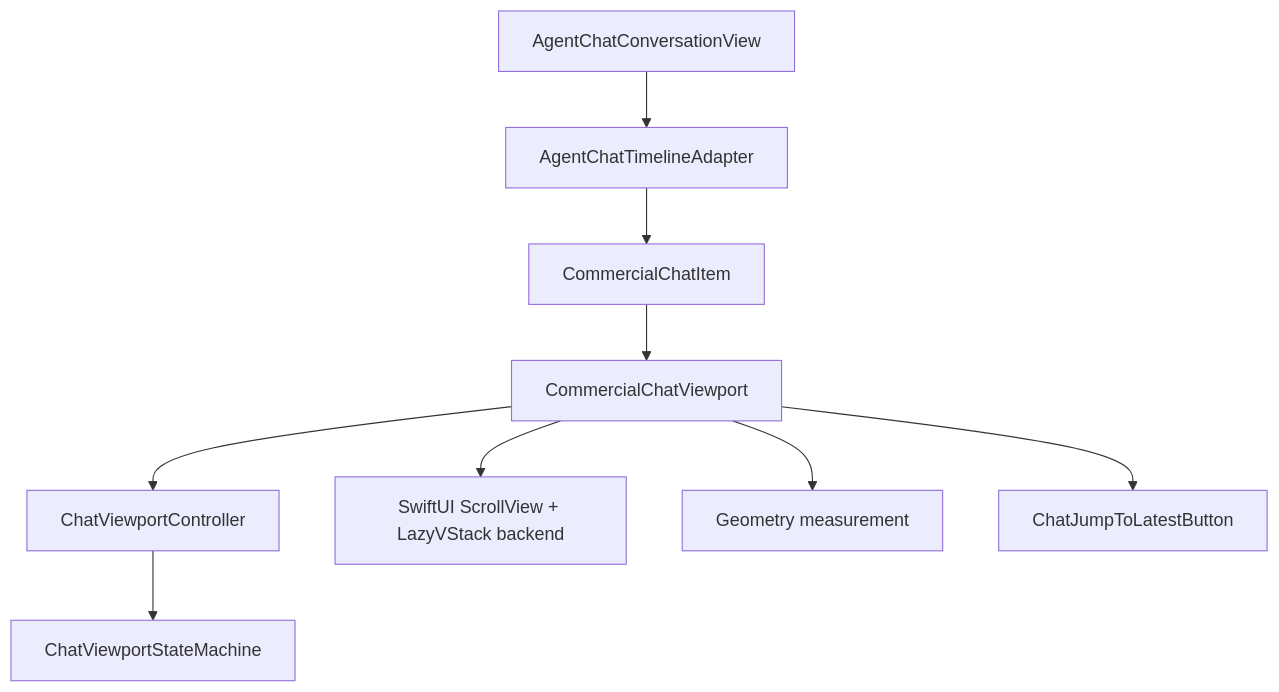
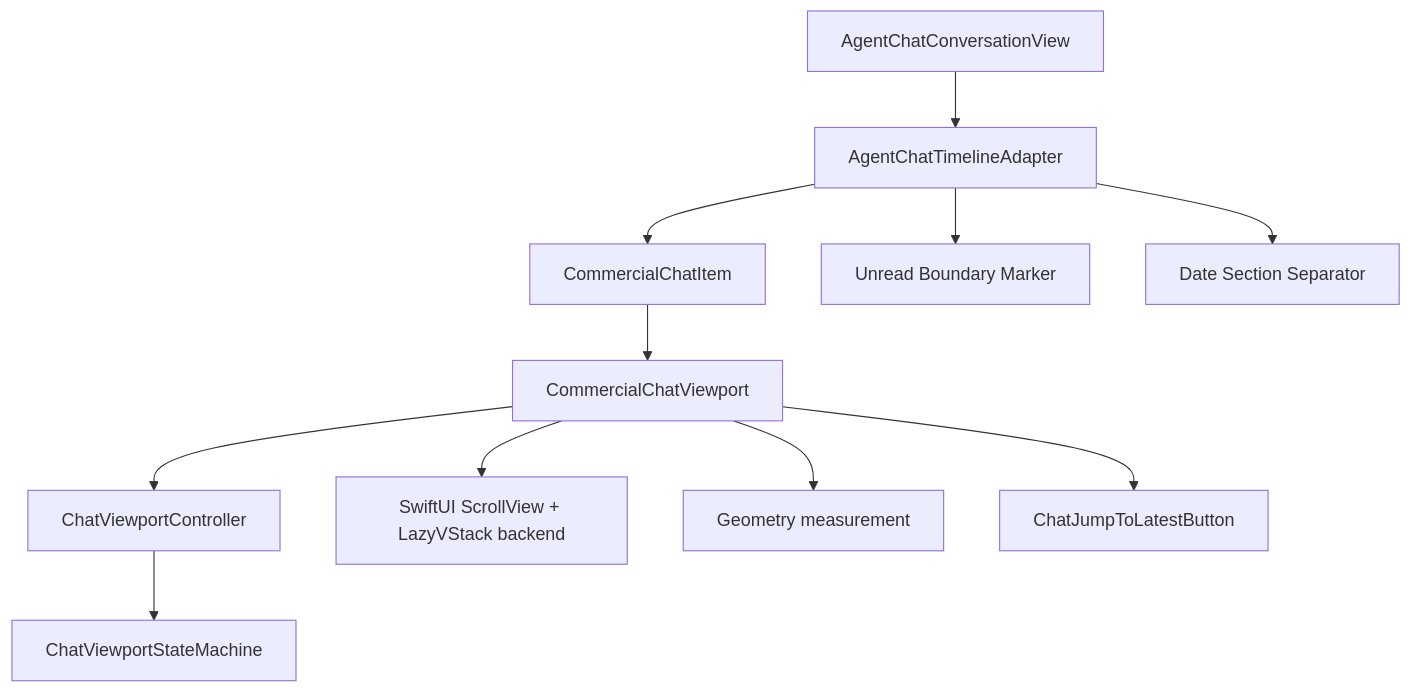
One commit to duanshiwen/connor-graph-agent-mac changed the diagram in Docs/commercial-chat-viewport-architecture.md. Above: the diagram before and after it, drawn with Mermaid. The commit also changed other lines of this file and 1 other file, not shown here.

Commit message:
Document chat viewport pagination unread and sections

````diff
--- a/Docs/commercial-chat-viewport-architecture.md
+++ b/Docs/commercial-chat-viewport-architecture.md
@@ -21,11 +21,13 @@
 ```mermaid
 graph TD
     A[AgentChatConversationView] --> B[AgentChatTimelineAdapter]
     B --> C[CommercialChatItem]
     C --> D[CommercialChatViewport]
     D --> E[ChatViewportController]
     E --> F[ChatViewportStateMachine]
     D --> G[SwiftUI ScrollView + LazyVStack backend]
     D --> H[Geometry measurement]
     D --> I[ChatJumpToLatestButton]
+    B --> J[Unread Boundary Marker]
+    B --> K[Date Section Separator]
 ```
````
